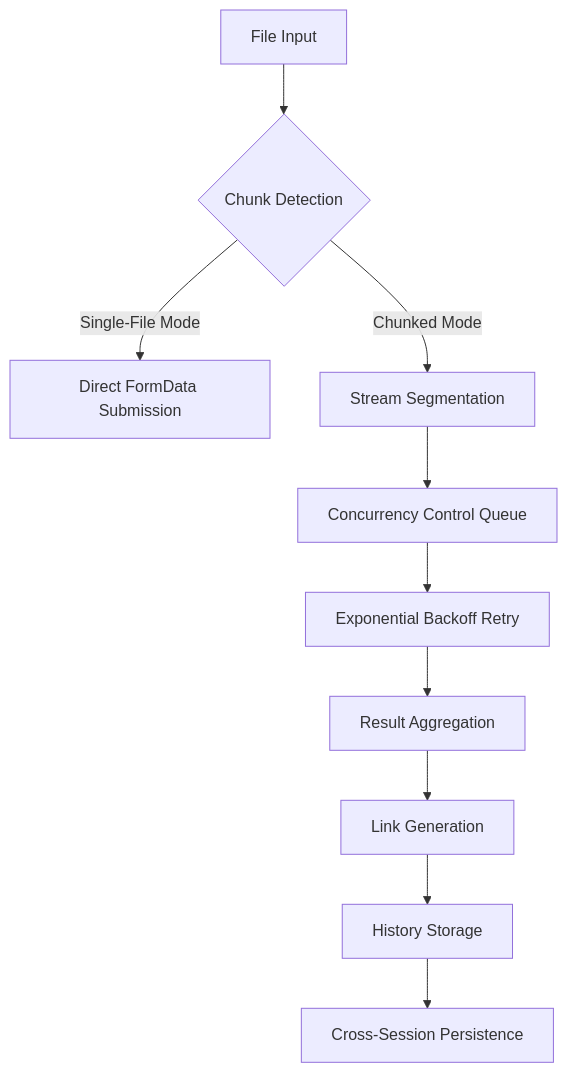
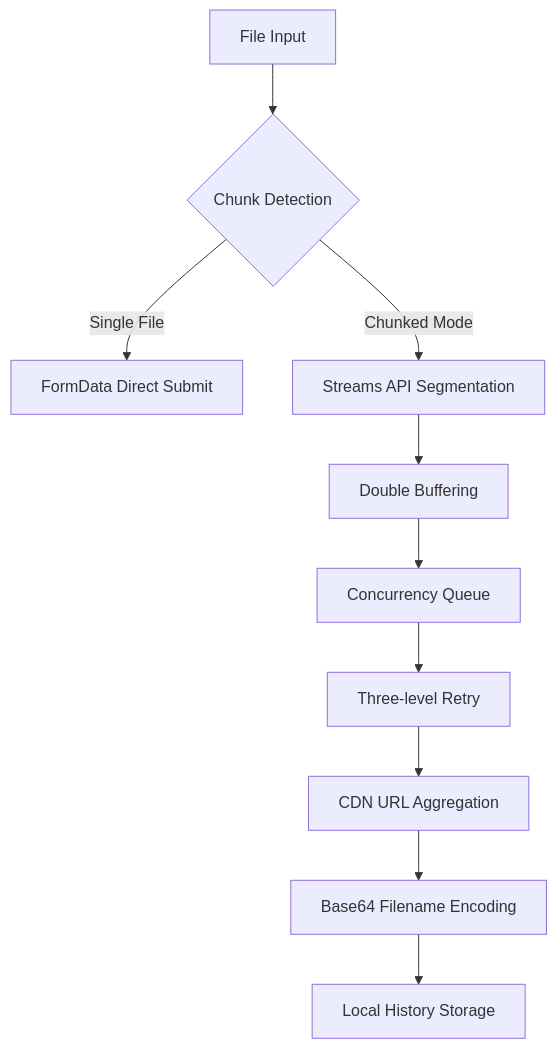
The diagram in README.md (CJackHwang/Chunkuposs), drawn with Mermaid before and after one commit. The commit also changed other lines of this file and 4 other files, not shown here.

````diff
--- a/README.md
+++ b/README.md
@@ -106,12 +104,12 @@
 ```mermaid
 graph TD
     A[File Input] --> B{Chunk Detection}
-    B -->|Single-File Mode| C[Direct FormData Submission]
-    B -->|Chunked Mode| D[Stream Segmentation]
-    D --> E[Concurrency Control Queue]
-    E --> F[Exponential Backoff Retry]
-    F --> G[Result Aggregation]
-    G --> H[Link Generation]
-    H --> I[History Storage]
-    I --> J[Cross-Session Persistence]
+    B -->|Single File| C[FormData Direct Submit]
+    B -->|Chunked Mode| D[Streams API Segmentation]
+    D --> E[Double Buffering]
+    E --> F[Concurrency Queue]
+    F --> G[Three-level Retry]
+    G --> H[CDN URL Aggregation]
+    H --> I[Base64 Filename Encoding]
+    I --> J[Local History Storage]
 ```
````
